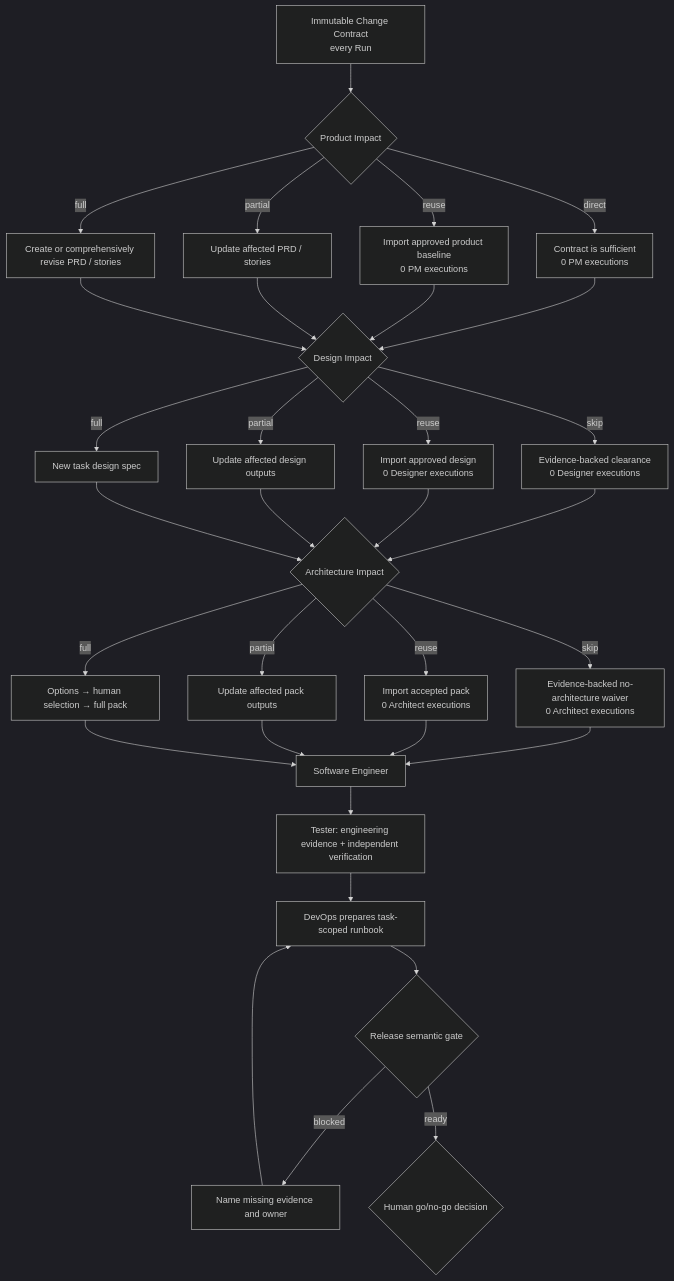
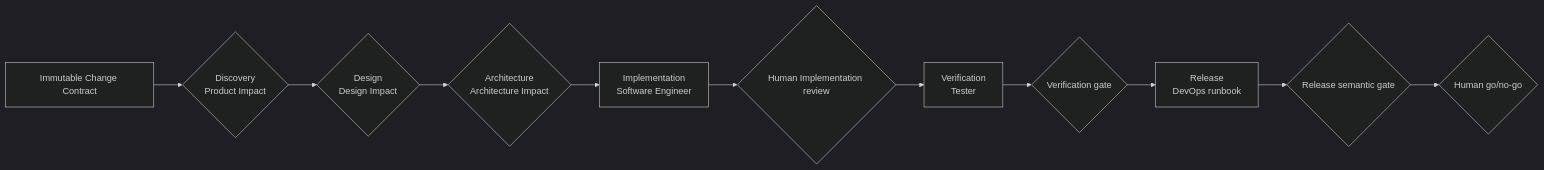
One commit to davych/agents-instruction changed the diagram in guidelines/workflow/README.md. Above: the diagram before and after it, drawn with Mermaid (dark theme). The commit also changed other lines of this file and 70 other files, not shown here.

````diff
--- a/guidelines/workflow/README.md
+++ b/guidelines/workflow/README.md
@@ -7,37 +9,13 @@
 ```mermaid
-flowchart TD
-  Contract["Immutable Change Contract<br/>every Run"] --> Product{"Product Impact"}
-  Product -->|"direct"| ProductClear["Contract is sufficient<br/>0 PM executions"]
-  Product -->|"reuse"| ProductReuse["Import approved product baseline<br/>0 PM executions"]
-  Product -->|"partial"| ProductPartial["Update affected PRD / stories"]
-  Product -->|"full"| ProductFull["Create or comprehensively revise PRD / stories"]
-
-  ProductClear --> Design{"Design Impact"}
-  ProductReuse --> Design
-  ProductPartial --> Design
-  ProductFull --> Design
-  Design -->|"skip"| DesignSkip["Evidence-backed clearance<br/>0 Designer executions"]
-  Design -->|"reuse"| DesignReuse["Import approved design<br/>0 Designer executions"]
-  Design -->|"partial"| DesignPartial["Update affected design outputs"]
-  Design -->|"full"| DesignFull["New task design spec"]
-
-  DesignSkip --> Architecture{"Architecture Impact"}
-  DesignReuse --> Architecture
-  DesignPartial --> Architecture
-  DesignFull --> Architecture
-  Architecture -->|"skip"| ArchSkip["Evidence-backed no-architecture waiver<br/>0 Architect executions"]
-  Architecture -->|"reuse"| ArchReuse["Import accepted pack<br/>0 Architect executions"]
-  Architecture -->|"partial"| ArchPartial["Update affected pack outputs"]
-  Architecture -->|"full"| ArchFull["Options → human selection → full pack"]
-
-  ArchSkip --> Engineer["Software Engineer"]
-  ArchReuse --> Engineer["Software Engineer"]
-  ArchPartial --> Engineer
-  ArchFull --> Engineer
-  Engineer --> Tester["Tester: engineering evidence + independent verification"]
-  Tester --> DevOps["DevOps prepares task-scoped runbook"]
-  DevOps --> ReleaseGate{"Release semantic gate"}
-  ReleaseGate -->|"blocked"| ReleaseRework["Name missing evidence and owner"]
-  ReleaseRework --> DevOps
-  ReleaseGate -->|"ready"| ReleaseDecision{"Human go/no-go decision"}
+flowchart LR
+  Contract["Immutable Change Contract"] --> Product{"Discovery<br/>Product Impact"}
+  Product --> Design{"Design<br/>Design Impact"}
+  Design --> Architecture{"Architecture<br/>Architecture Impact"}
+  Architecture --> Implementation["Implementation<br/>Software Engineer"]
+  Implementation --> ReviewI{"Human Implementation review"}
+  ReviewI --> Verification["Verification<br/>Tester"]
+  Verification --> ReviewV{"Verification gate"}
+  ReviewV --> Release["Release<br/>DevOps runbook"]
+  Release --> Gate{"Release semantic gate"}
+  Gate --> Human{"Human go/no-go"}
 ```
````
